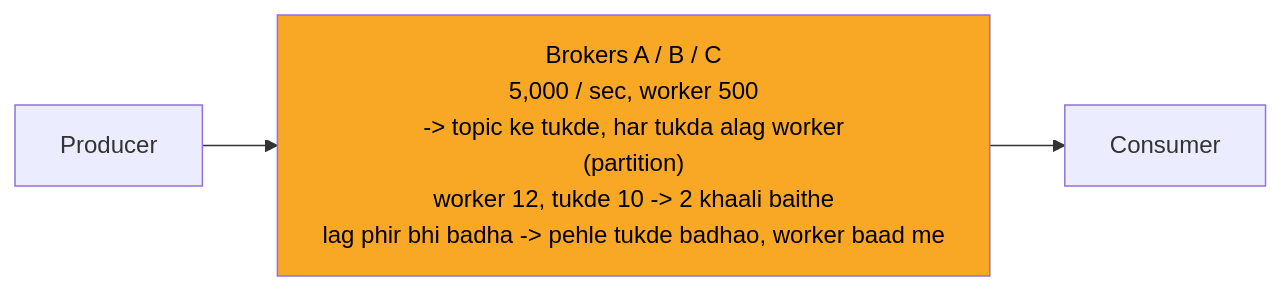
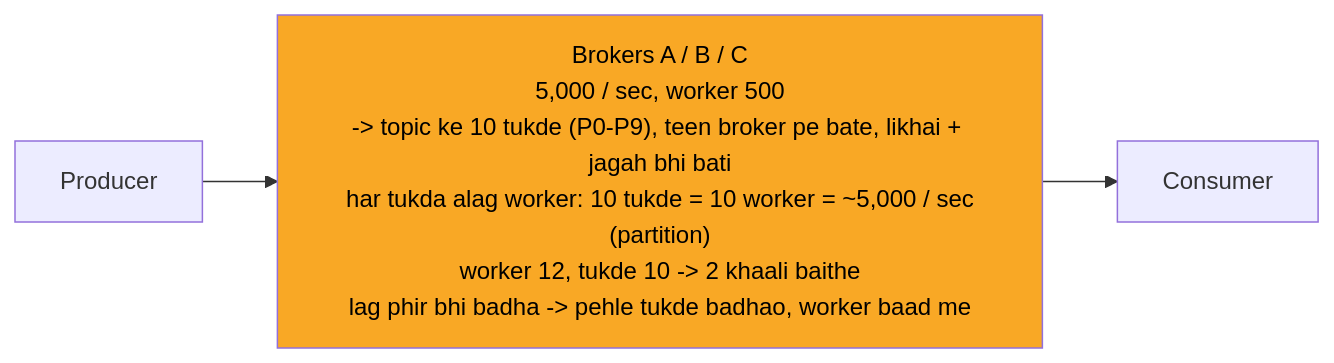
Before and after one commit to ArpanMaheshwari144/Prep: the third of 12 diagrams in 04_HLD/SYSTEM_DESIGNS/12_message_queue_kafka/12_message_queue_kafka.md, drawn with Mermaid. The commit also changed other lines of this file and 13 other files, not shown here.

````diff
--- a/04_HLD/SYSTEM_DESIGNS/12_message_queue_kafka/12_message_queue_kafka.md
+++ b/04_HLD/SYSTEM_DESIGNS/12_message_queue_kafka/12_message_queue_kafka.md
@@ -121,10 +125,10 @@
 ```mermaid
 %%{init: {"flowchart": {"wrappingWidth": 450}}}%%
 flowchart LR
     n_P["Producer"]
-    n_B["Brokers A / B / C<br/>5,000 / sec, worker 500<br/>-> topic ke tukde, har tukda alag worker<br/>(partition)<br/>worker 12, tukde 10 -> 2 khaali baithe<br/>lag phir bhi badha -> pehle tukde badhao, worker baad me"]
+    n_B["Brokers A / B / C<br/>5,000 / sec, worker 500<br/>-> topic ke 10 tukde (P0-P9), teen broker pe bate, likhai + jagah bhi bati<br/>har tukda alag worker: 10 tukde = 10 worker = ~5,000 / sec<br/>(partition)<br/>worker 12, tukde 10 -> 2 khaali baithe<br/>lag phir bhi badha -> pehle tukde badhao, worker baad me"]
     n_C["Consumer"]
     n_P --> n_B
     n_B --> n_C
     style n_B fill:#f9a825,color:#000
 ```
````
